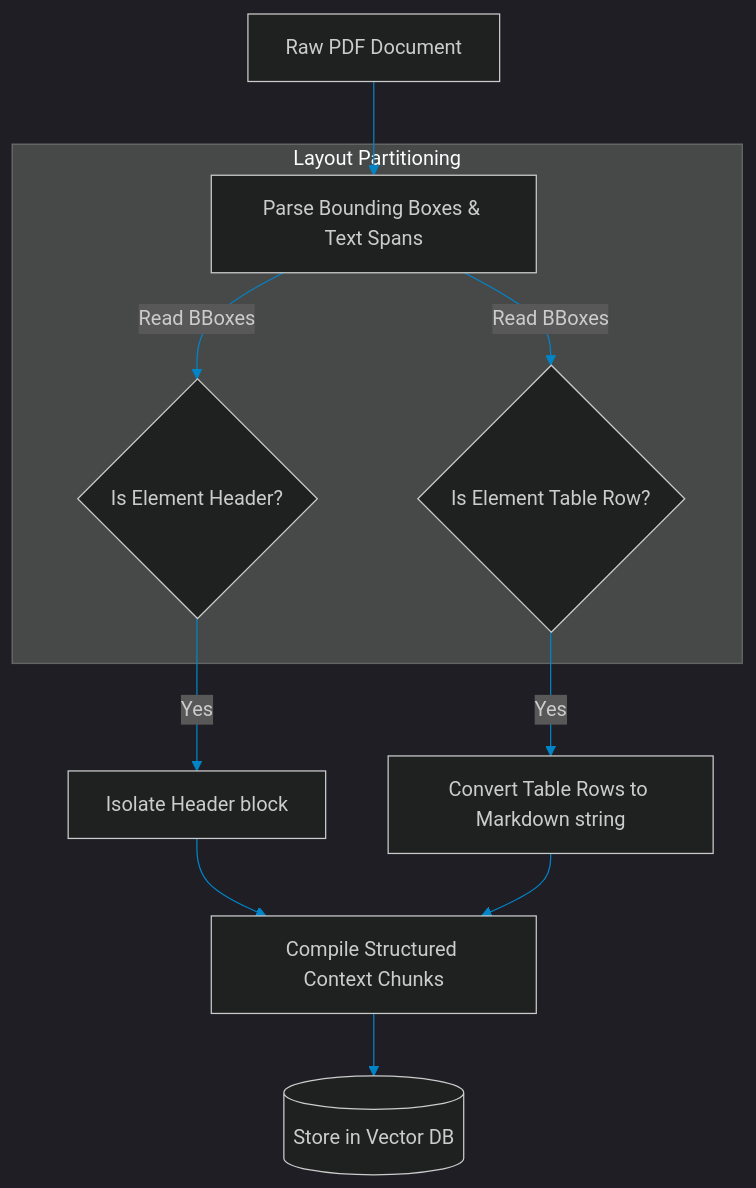
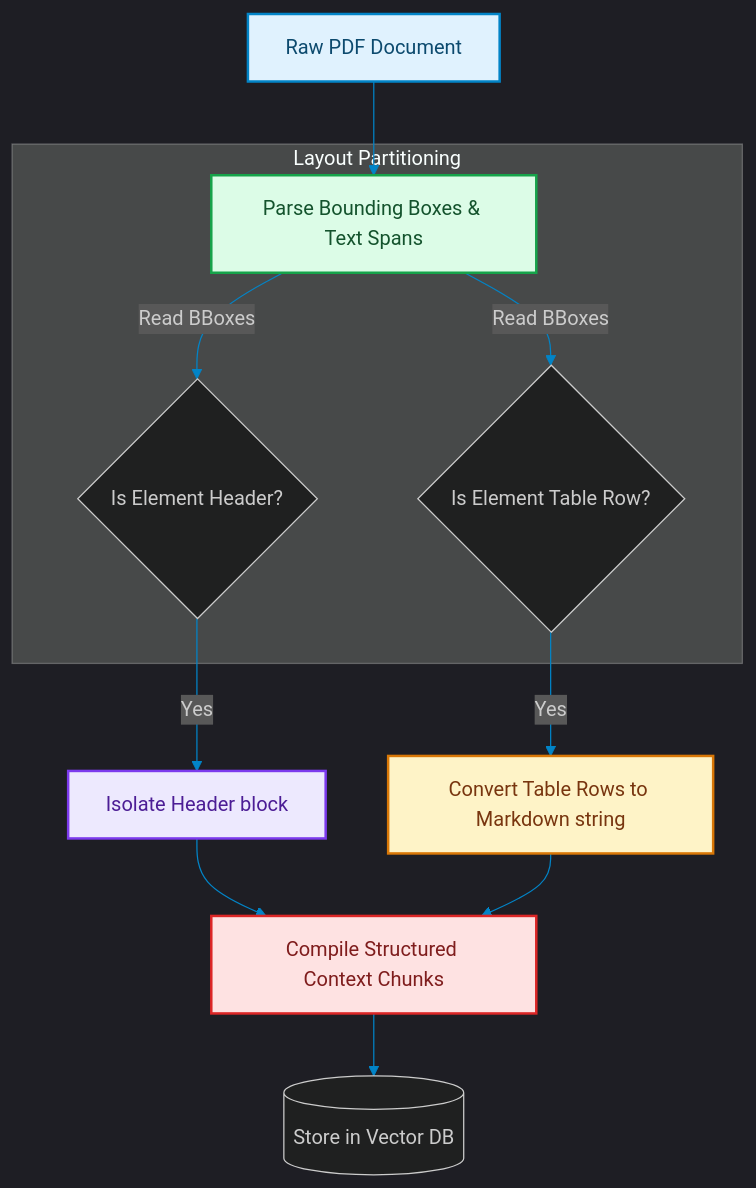
One commit to akmalkhaniub/akmalkhaniub.github.io changed the diagram in blog/posts/rag-layout-aware-pdf-ingestion-table-extraction.md. Above: the diagram before and after it, drawn with Mermaid. The commit also changed other lines of this file and 1291 other files, not shown here.

First line of the commit message:
feat(catalog): unique covers, scholarly references, and diagram palettes

````diff
--- a/blog/posts/rag-layout-aware-pdf-ingestion-table-extraction.md
+++ b/blog/posts/rag-layout-aware-pdf-ingestion-table-extraction.md
@@ -16,17 +16,28 @@
 ```mermaid
 %%{init: {'theme': 'dark', 'themeVariables': { 'primaryColor': '#0284c7', 'primaryTextColor': '#f3f4f6', 'primaryBorderColor': '#38bdf8', 'lineColor': '#0284c7', 'secondaryColor': '#111827', 'tertiaryColor': '#0b0f19'}}}%%
 flowchart TD
-    PDF[Raw PDF Document] --> Coordinates[Parse Bounding Boxes & Text Spans]
+    PDF["Raw PDF Document"] --> Coordinates["Parse Bounding Boxes & Text Spans"]
     
     subgraph SG1_LayoutPartitioning ["Layout Partitioning"]
         Coordinates -->|Read BBoxes| IdentifyHeader{Is Element Header?}
         Coordinates -->|Read BBoxes| IdentifyTable{Is Element Table Row?}
     end
     
-    IdentifyHeader -->|Yes| SegmentHeader[Isolate Header block]
-    IdentifyTable -->|Yes| SegmentTable[Convert Table Rows to Markdown string]
+    IdentifyHeader -->|Yes| SegmentHeader["Isolate Header block"]
+    IdentifyTable -->|Yes| SegmentTable["Convert Table Rows to Markdown string"]
     
-    SegmentHeader --> Compile[Compile Structured Context Chunks]
+    SegmentHeader --> Compile["Compile Structured Context Chunks"]
     SegmentTable --> Compile
     Compile --> VectorStore[(Store in Vector DB)]
+
+classDef green fill:#dcfce7,stroke:#16a34a,stroke-width:2px,color:#14532d;
+classDef red fill:#fee2e2,stroke:#dc2626,stroke-width:2px,color:#7f1d1d;
+classDef blue fill:#e0f2fe,stroke:#0284c7,stroke-width:2px,color:#0c4a6e;
+classDef yellow fill:#fef3c7,stroke:#d97706,stroke-width:2px,color:#78350f;
+classDef purple fill:#ede9fe,stroke:#7c3aed,stroke-width:2px,color:#4c1d95;
+class PDF blue
+class Coordinates green
+class SegmentHeader purple
+class SegmentTable yellow
+class Compile red
 ```
````
